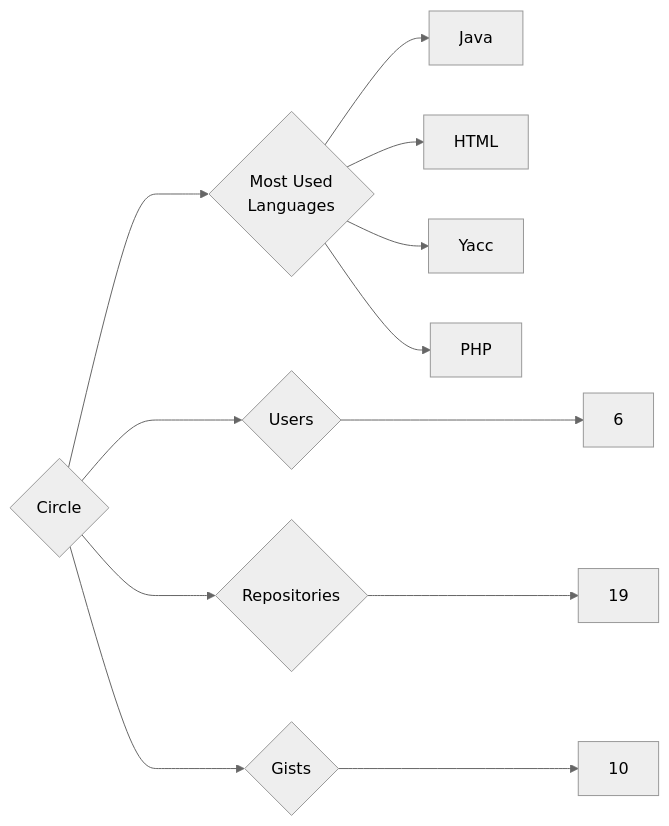
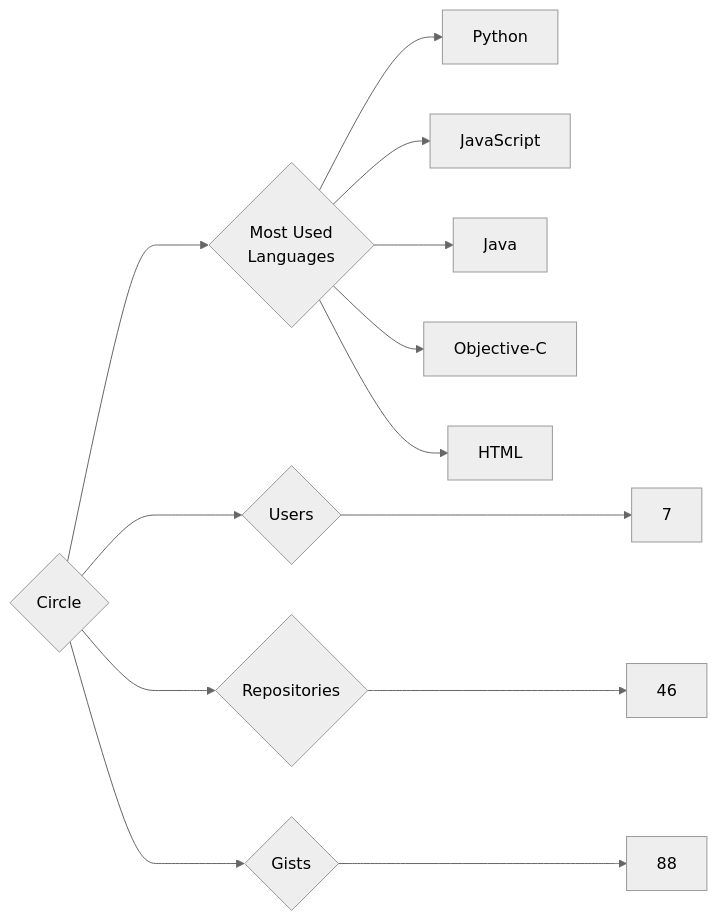
The diagram in targets/Circle/README.md (trickest/insiders), drawn with Mermaid (neutral theme) before and after one commit. The commit also changed 1170 other files, not shown here.

````diff
--- a/targets/Circle/README.md
+++ b/targets/Circle/README.md
@@ -3,12 +3,13 @@
 ```mermaid
 graph LR
 COMPANY_NAME{Circle}
-COMPANY_NAME ---> U{Users} ---> UN[6]
-COMPANY_NAME ---> R{Repositories} ---> RN[19]
-COMPANY_NAME ---> G{Gists} ---> GN[10]
+COMPANY_NAME ---> U{Users} ---> UN[7]
+COMPANY_NAME ---> R{Repositories} ---> RN[46]
+COMPANY_NAME ---> G{Gists} ---> GN[88]
 COMPANY_NAME ---> ML{Most Used<br>Languages}
+ML --> Python[Python]
+ML --> JavaScript[JavaScript]
 ML --> Java[Java]
+ML --> Objective-C[Objective-C]
 ML --> HTML[HTML]
-ML --> Yacc[Yacc]
-ML --> PHP[PHP]
 ```
````
